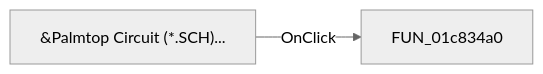
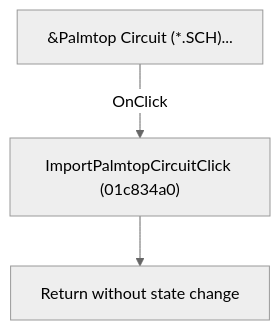
Before and after one commit to MovGP0/TIARA: the diagram in docs/ui-controls/schematiceditor/importpalmtopcircuit-02fd86685b.md, drawn with Mermaid (neutral theme). The commit also changed other lines of this file and 1062 other files, not shown here.

````diff
--- a/docs/ui-controls/schematiceditor/importpalmtopcircuit-02fd86685b.md
+++ b/docs/ui-controls/schematiceditor/importpalmtopcircuit-02fd86685b.md
@@ -27,4 +27,5 @@
 ```mermaid
-flowchart LR
-    control["&Palmtop Circuit (*.SCH)..."] -->|OnClick| handler["FUN_01c834a0"]
+flowchart TD
+    control["&Palmtop Circuit (*.SCH)..."] -->|"OnClick"| handler["ImportPalmtopCircuitClick (01c834a0)"]
+    handler --> return["Return without state change"]
 ```
````
